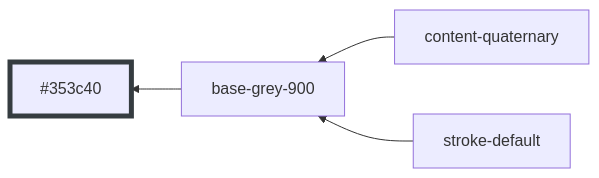
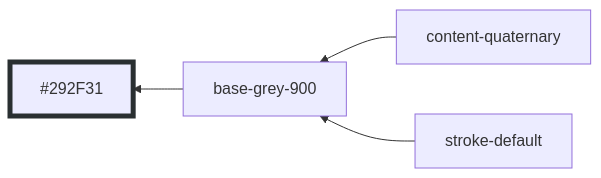
Before and after one commit to oxidecomputer/console: diagram 25 of 30 in libs/ui/styles/themes/operator-mode.md, drawn with Mermaid. The commit also changed other lines of this file and 2 other files, not shown here.

````diff
--- a/libs/ui/styles/themes/operator-mode.md
+++ b/libs/ui/styles/themes/operator-mode.md
@@ -317,8 +317,8 @@
 ```mermaid
 graph RL
-  base-grey-900 --> #353c40:::base-grey-900
+  base-grey-900 --> #292F31:::base-grey-900
   content-quaternary --> base-grey-900
   stroke-default --> base-grey-900
 
-  classDef base-grey-900 stroke-width:5,stroke:#353c40
+  classDef base-grey-900 stroke-width:5,stroke:#292F31
 ```
````
